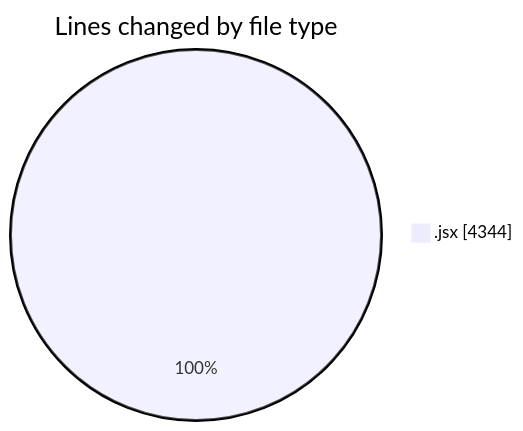
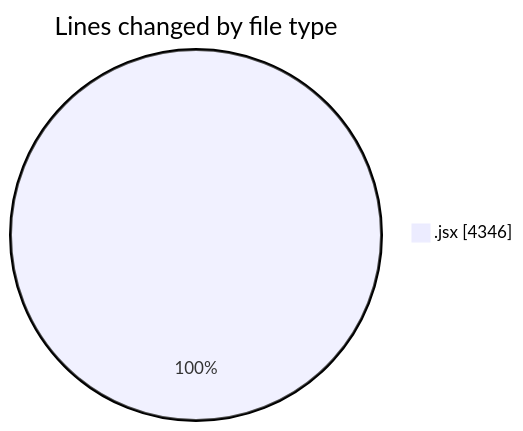
The first of 2 diagrams in 2025-06-02/nxtqube_webapp/README.md (nxtqubesakshisongat/code-tracking), drawn with Mermaid before and after one commit. The commit also changed other lines of this file and 1 other file, not shown here.

````diff
--- a/2025-06-02/nxtqube_webapp/README.md
+++ b/2025-06-02/nxtqube_webapp/README.md
@@ -21,5 +21,5 @@
 ```mermaid
 pie showData
 title Lines changed by file type
-".jsx" : 4344
+".jsx" : 4346
 ```
````
